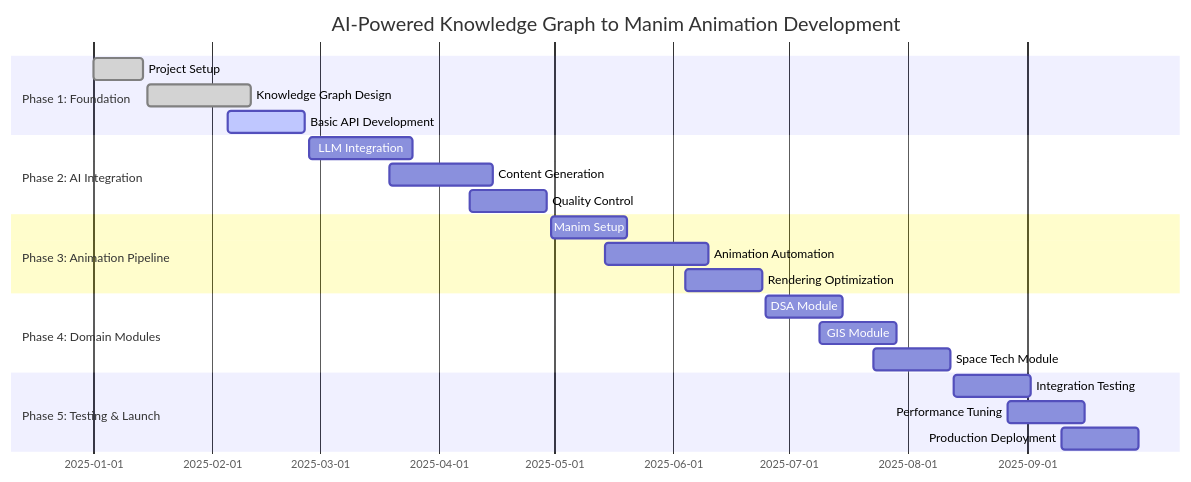
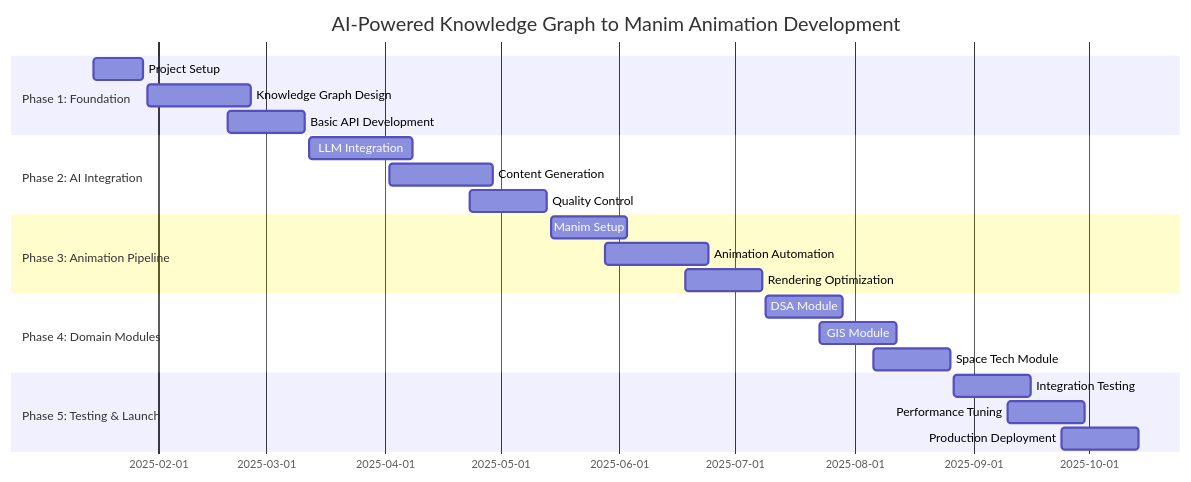
The ninth of 9 diagrams in AI_AbdurRashidShaikh.md (Coder-ARS/FS_AbdurRashidShaikh), drawn with Mermaid before and after one commit.

Commit message:
Update project timeline for AI development phases

````diff
--- a/AI_AbdurRashidShaikh.md
+++ b/AI_AbdurRashidShaikh.md
@@ -931,29 +931,29 @@
 ```mermaid
 gantt
     title AI-Powered Knowledge Graph to Manim Animation Development
     dateFormat  YYYY-MM-DD
     section Phase 1: Foundation
-    Project Setup           :done, setup, 2025-01-01, 2025-01-14
-    Knowledge Graph Design  :done, kg-design, 2025-01-15, 2025-02-11
-    Basic API Development   :active, api, 2025-02-05, 2025-02-25
-
+    Project Setup           :setup, 2025-01-15, 2025-01-28
+    Knowledge Graph Design  :kg-design, 2025-01-29, 2025-02-25
+    Basic API Development   :api, 2025-02-19, 2025-03-11
+    
     section Phase 2: AI Integration
-    LLM Integration        :ai-int, 2025-02-26, 2025-03-25
-    Content Generation     :content, 2025-03-19, 2025-04-15
-    Quality Control        :quality, 2025-04-09, 2025-04-29
-
+    LLM Integration        :ai-int, 2025-03-12, 2025-04-08
+    Content Generation     :content, 2025-04-02, 2025-04-29
+    Quality Control        :quality, 2025-04-23, 2025-05-13
+    
     section Phase 3: Animation Pipeline
-    Manim Setup           :manim, 2025-04-30, 2025-05-20
-    Animation Automation  :auto, 2025-05-14, 2025-06-10
-    Rendering Optimization :render, 2025-06-04, 2025-06-24
-
+    Manim Setup           :manim, 2025-05-14, 2025-06-03
+    Animation Automation  :auto, 2025-05-28, 2025-06-24
+    Rendering Optimization :render, 2025-06-18, 2025-07-08
+    
     section Phase 4: Domain Modules
-    DSA Module            :dsa, 2025-06-25, 2025-07-15
-    GIS Module            :gis, 2025-07-09, 2025-07-29
-    Space Tech Module     :space, 2025-07-23, 2025-08-12
-
+    DSA Module            :dsa, 2025-07-09, 2025-07-29
+    GIS Module            :gis, 2025-07-23, 2025-08-12
+    Space Tech Module     :space, 2025-08-06, 2025-08-26
+    
     section Phase 5: Testing & Launch
-    Integration Testing   :testing, 2025-08-13, 2025-09-02
-    Performance Tuning    :perf, 2025-08-27, 2025-09-16
-    Production Deployment :deploy, 2025-09-10, 2025-09-30
+    Integration Testing   :testing, 2025-08-27, 2025-09-16
+    Performance Tuning    :perf, 2025-09-10, 2025-09-30
+    Production Deployment :deploy, 2025-09-24, 2025-10-14
 ```
````
